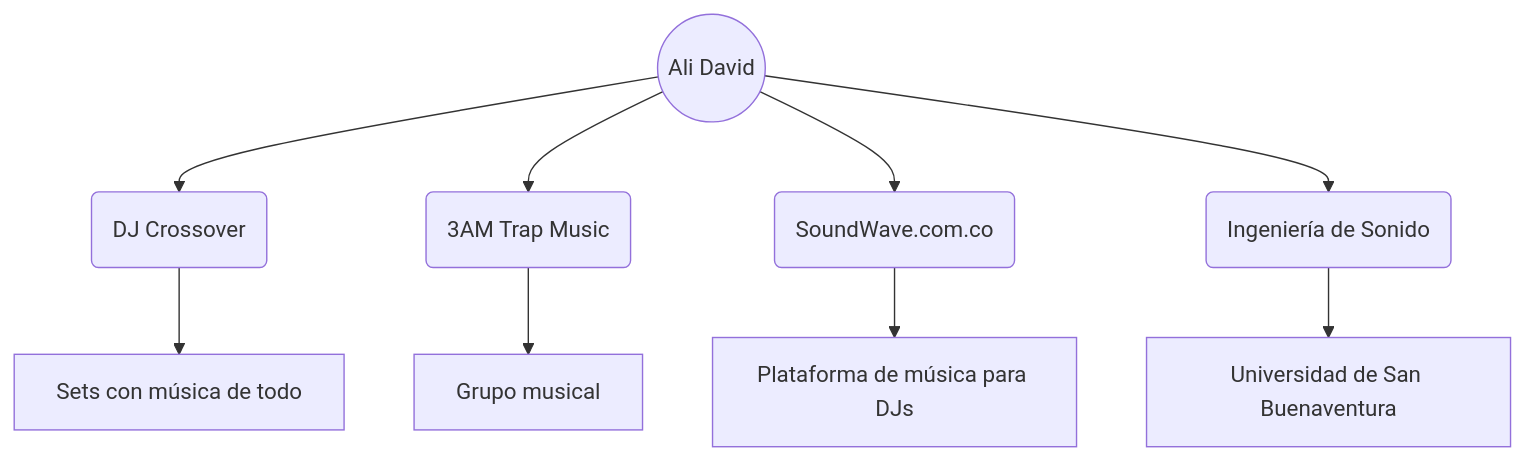
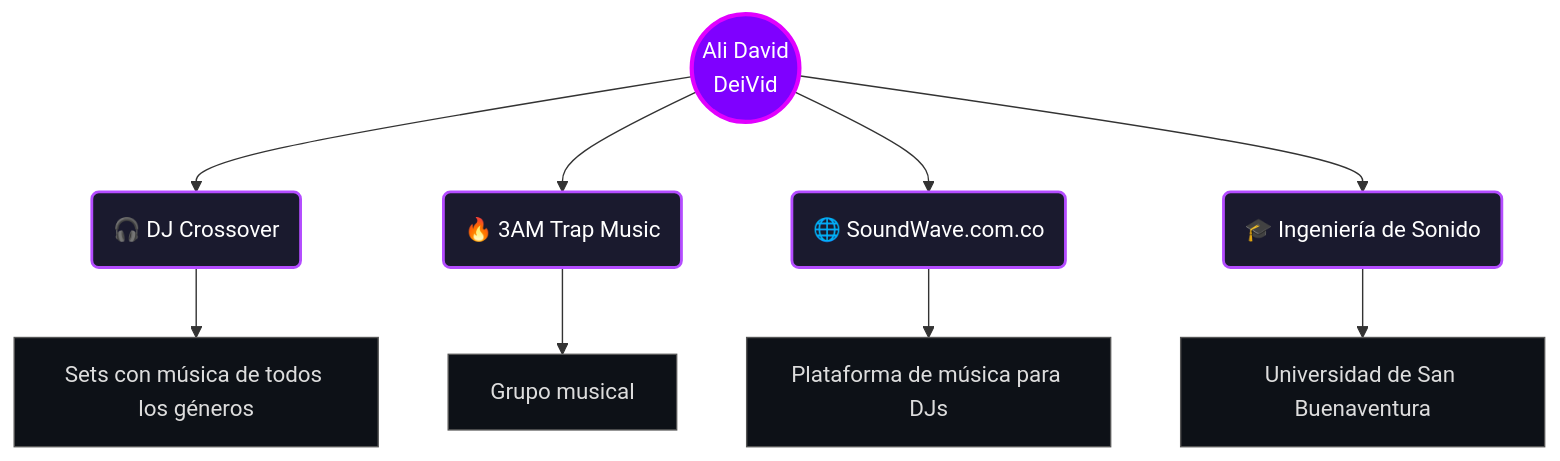
One commit to Ali372-M/Ali372-M changed the diagram in README.md. Above: the diagram before and after it, drawn with Mermaid. The commit also changed other lines of this file, not shown here.

````diff
--- a/README.md
+++ b/README.md
@@ -13,11 +27,18 @@
 ```mermaid
 graph TD
-    A((Ali David)) --> B(DJ Crossover)
-    A --> C(3AM Trap Music)
-    A --> D(SoundWave.com.co)
-    A --> E(Ingeniería de Sonido)
-    B --> F[Sets con música de todo]
+    A((Ali David<br/>DeiVid)) --> B(🎧 DJ Crossover)
+    A --> C(🔥 3AM Trap Music)
+    A --> D(🌐 SoundWave.com.co)
+    A --> E(🎓 Ingeniería de Sonido)
+    B --> F[Sets con música de todos los géneros]
     C --> G[Grupo musical]
     D --> H[Plataforma de música para DJs]
     E --> I[Universidad de San Buenaventura]
+
+    classDef centro fill:#7F00FF,stroke:#E100FF,stroke-width:3px,color:#fff
+    classDef rama fill:#1a1a2e,stroke:#B44CFF,stroke-width:2px,color:#fff
+    classDef hoja fill:#0d1117,stroke:#555,color:#ddd
+    class A centro
+    class B,C,D,E rama
+    class F,G,H,I hoja
 ```
````
